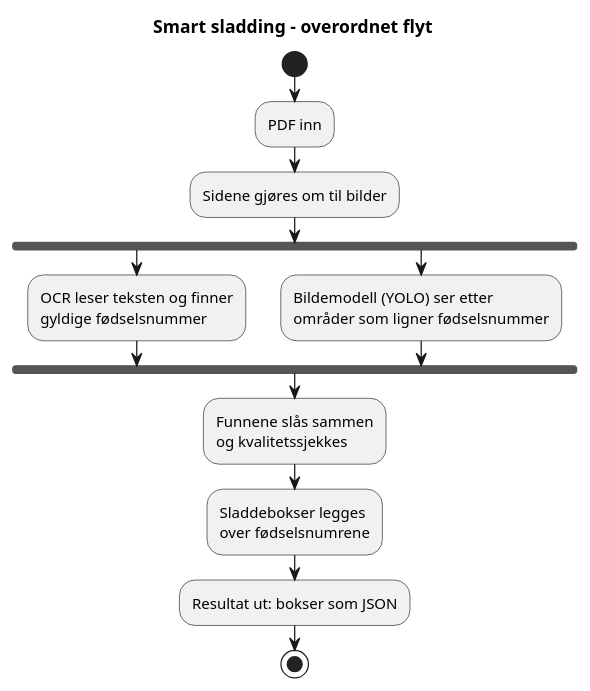
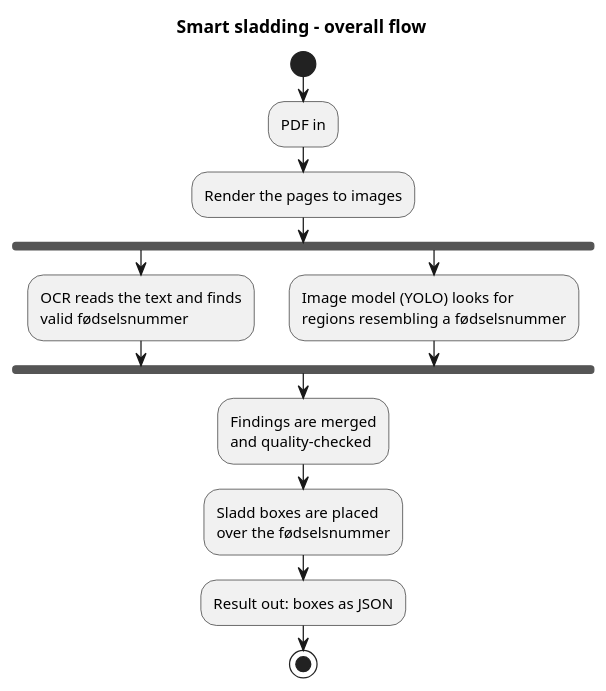
The diagram in docs/diagrams/uml/flyt.puml (kartverket/dokumentbestilling-smart-sladding), drawn with PlantUML before and after one commit. The commit also changed 91 other files, not shown here.

```diff
--- a/docs/diagrams/uml/flyt.puml
+++ b/docs/diagrams/uml/flyt.puml
@@ -1,18 +1,18 @@
 @startuml
-title Smart sladding – overordnet flyt
+title Smart sladding - overall flow
 
 start
-:PDF inn;
-:Sidene gjøres om til bilder;
+:PDF in;
+:Render the pages to images;
 
 fork
-  :OCR leser teksten og finner\ngyldige fødselsnummer;
+  :OCR reads the text and finds\nvalid fødselsnummer;
 fork again
-  :Bildemodell (YOLO) ser etter\nområder som ligner fødselsnummer;
+  :Image model (YOLO) looks for\nregions resembling a fødselsnummer;
 end fork
 
-:Funnene slås sammen\nog kvalitetssjekkes;
-:Sladdebokser legges\nover fødselsnumrene;
-:Resultat ut: bokser som JSON;
+:Findings are merged\nand quality-checked;
+:Sladd boxes are placed\nover the fødselsnummer;
+:Result out: boxes as JSON;
 stop
 @enduml
```
